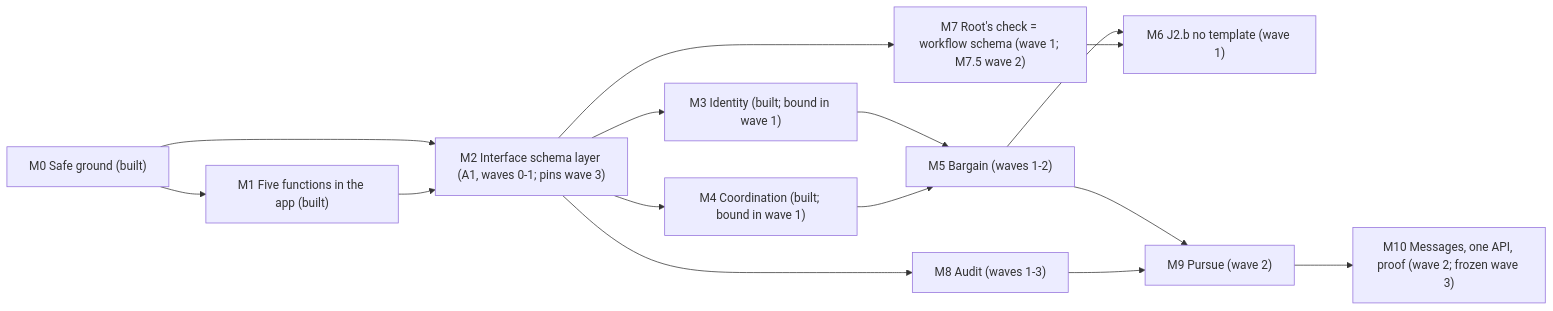
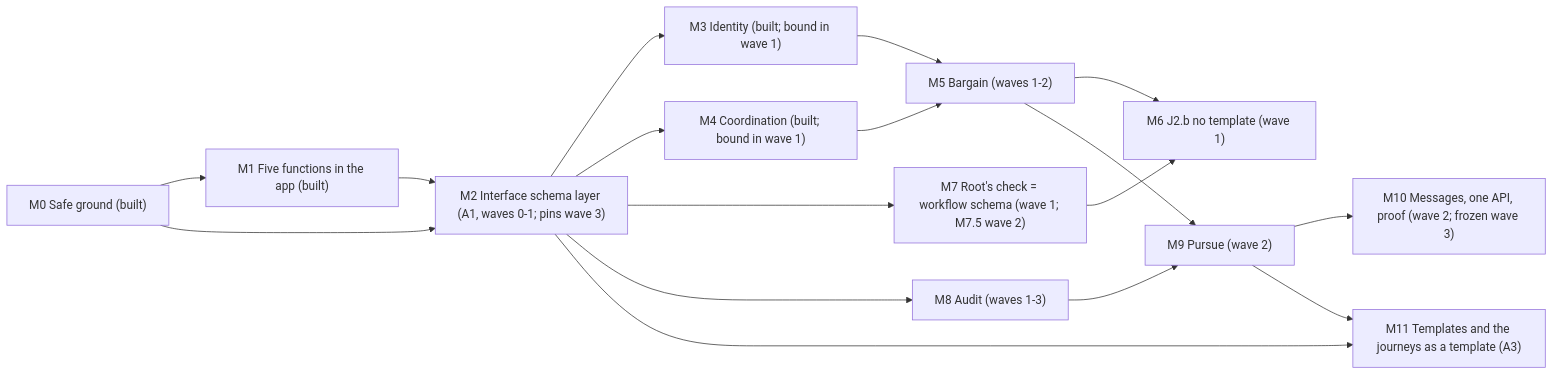
Before and after one commit to sankalpasawa/sutra: the fourth of 4 diagrams in marketplace/plugin/sutra-ui/design/PRD-FIVE-FUNCTIONS.md, drawn with Mermaid. The commit also changed other lines of this file and 4 other files, not shown here.

First line of the commit message:
sutra-ui design: amendment A3, templates at every level and the user-journey template

````diff
--- a/marketplace/plugin/sutra-ui/design/PRD-FIVE-FUNCTIONS.md
+++ b/marketplace/plugin/sutra-ui/design/PRD-FIVE-FUNCTIONS.md
@@ -430,17 +491,19 @@
 ```mermaid
 flowchart LR
   M0["M0 Safe ground (built)"] --> M1["M1 Five functions in the app (built)"]
   M0 --> M2["M2 Interface schema layer (A1, waves 0-1; pins wave 3)"]
   M1 --> M2
   M2 --> M3["M3 Identity (built; bound in wave 1)"]
   M2 --> M4["M4 Coordination (built; bound in wave 1)"]
   M2 --> M7["M7 Root's check = workflow schema (wave 1; M7.5 wave 2)"]
   M3 --> M5["M5 Bargain (waves 1-2)"]
   M4 --> M5
   M5 --> M6["M6 J2.b no template (wave 1)"]
   M7 --> M6
   M2 --> M8["M8 Audit (waves 1-3)"]
   M5 --> M9["M9 Pursue (wave 2)"]
   M8 --> M9
   M9 --> M10["M10 Messages, one API, proof (wave 2; frozen wave 3)"]
+  M2 --> M11["M11 Templates and the journeys as a template (A3)"]
+  M9 --> M11
 ```
````
